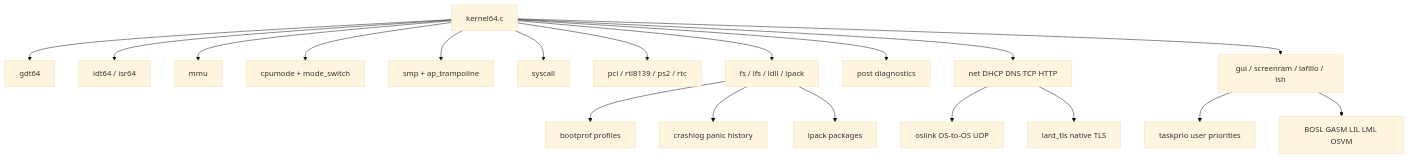
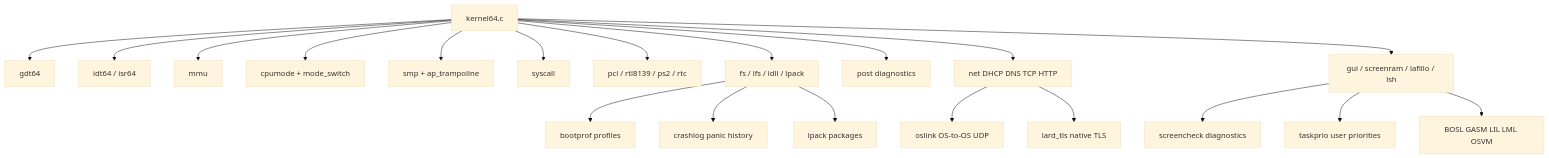
One commit to jgchoimd-web/lardos changed the second of 4 diagrams in os/ARCHITECTURE.md. Above: the diagram before and after it, drawn with Mermaid (base theme). The commit also changed other lines of this file and 10 other files, not shown here.

````diff
--- a/os/ARCHITECTURE.md
+++ b/os/ARCHITECTURE.md
@@ -49,41 +49,43 @@
 ```mermaid
 flowchart TB
     Kmain["kernel64.c"]
     GDT["gdt64"]
     IDT["idt64 / isr64"]
     MMU["mmu"]
     CpuMode["cpumode + mode_switch"]
     SMP["smp + ap_trampoline"]
     Syscall["syscall"]
     Drivers["pci / rtl8139 / ps2 / rtc"]
     Storage["fs / lfs / ldll / lpack"]
     POST["post diagnostics"]
     Net["net DHCP DNS TCP HTTP"]
     OSLink["oslink OS-to-OS UDP"]
     TaskPrio["taskprio user priorities"]
     BootProf["bootprof profiles"]
     CrashLog["crashlog panic history"]
     LPack["lpack packages"]
+    ScreenCheck["screencheck diagnostics"]
     TLS["lard_tls native TLS"]
     GUI["gui / screenram / lafillo / lsh"]
     VM["BOSL GASM LIL LML OSVM"]
 
     Kmain --> GDT
     Kmain --> IDT
     Kmain --> MMU
     Kmain --> CpuMode
     Kmain --> SMP
     Kmain --> Syscall
     Kmain --> Drivers
     Kmain --> Storage
     Storage --> BootProf
     Storage --> CrashLog
     Storage --> LPack
     Kmain --> POST
     Kmain --> Net
     Net --> OSLink
     Net --> TLS
     Kmain --> GUI
+    GUI --> ScreenCheck
     GUI --> TaskPrio
     GUI --> VM
 ```
````
